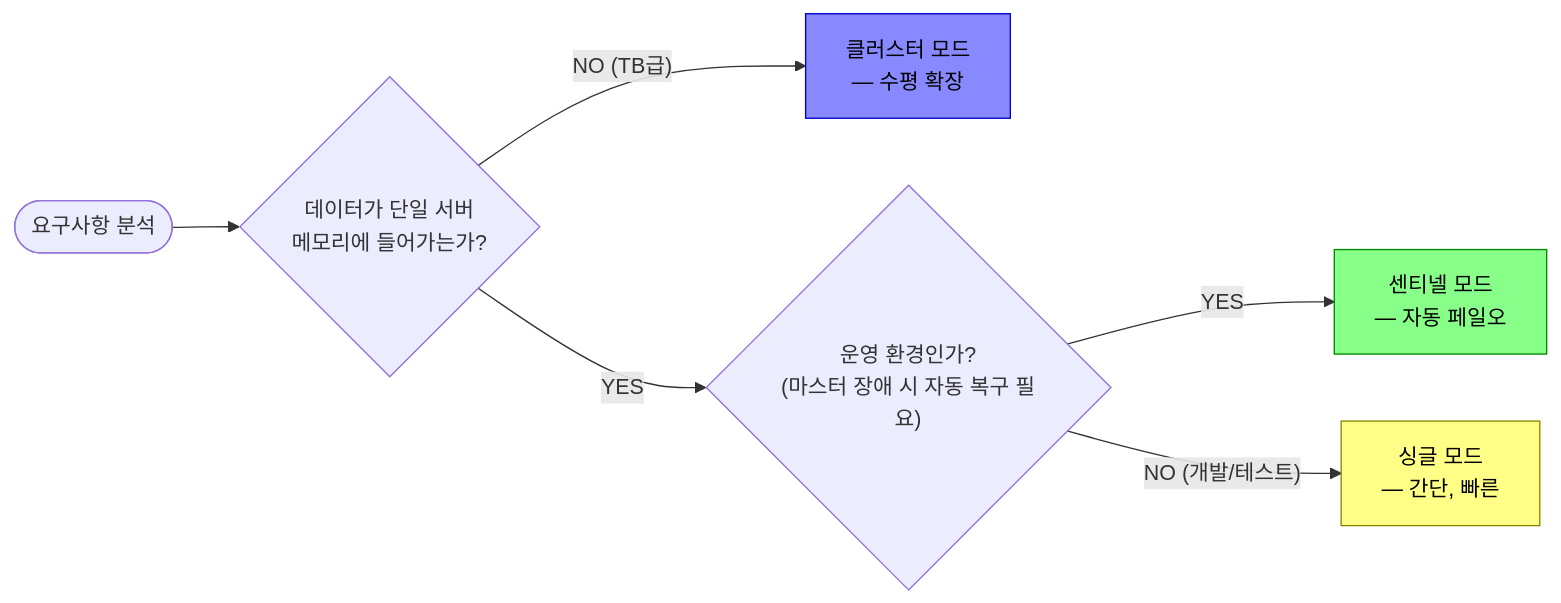
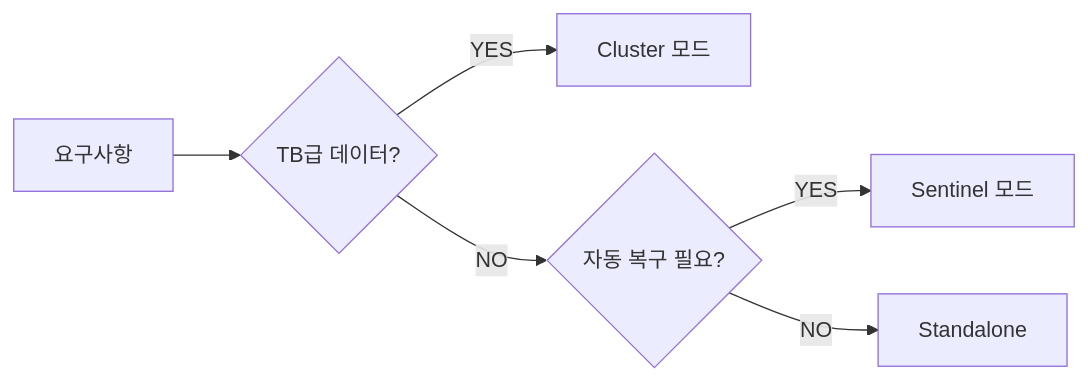
The seventh of 7 diagrams in _posts/redis/2026-05-01-redis-cluster-sentinel.md (yjkim2015/yjkim2015.github.io), drawn with Mermaid before and after one commit. The commit also changed other lines of this file and 4 other files, not shown here.

````diff
--- a/_posts/redis/2026-05-01-redis-cluster-sentinel.md
+++ b/_posts/redis/2026-05-01-redis-cluster-sentinel.md
@@ -375,11 +903,8 @@
 ```mermaid
 graph LR
-    START(["요구사항 분석"]) --> Q1{"데이터가 단일 서버<br>메모리에 들어가는가?"}
-    Q1 -->|"NO (TB급)"| CLUSTER["클러스터 모드<br>— 수평 확장"]
-    Q1 -->|"YES"| Q2{"운영 환경인가?<br>(마스터 장애 시 자동 복구 필요)"}
-    Q2 -->|"YES"| SENTINEL["센티넬 모드<br>— 자동 페일오"]
-    Q2 -->|"NO (개발/테스트)"| SINGLE["싱글 모드<br>— 간단, 빠른"]
-    style CLUSTER fill:#88f,stroke:#00c,color:#000
-    style SENTINEL fill:#8f8,stroke:#080,color:#000
-    style SINGLE fill:#ff8,stroke:#880,color:#000
+    START["요구사항"] --> Q1{"TB급 데이터?"}
+    Q1 -->|YES| CLUSTER["Cluster 모드"]
+    Q1 -->|NO| Q2{"자동 복구 필요?"}
+    Q2 -->|YES| SENTINEL["Sentinel 모드"]
+    Q2 -->|NO| SINGLE["Standalone"]
 ```
````
